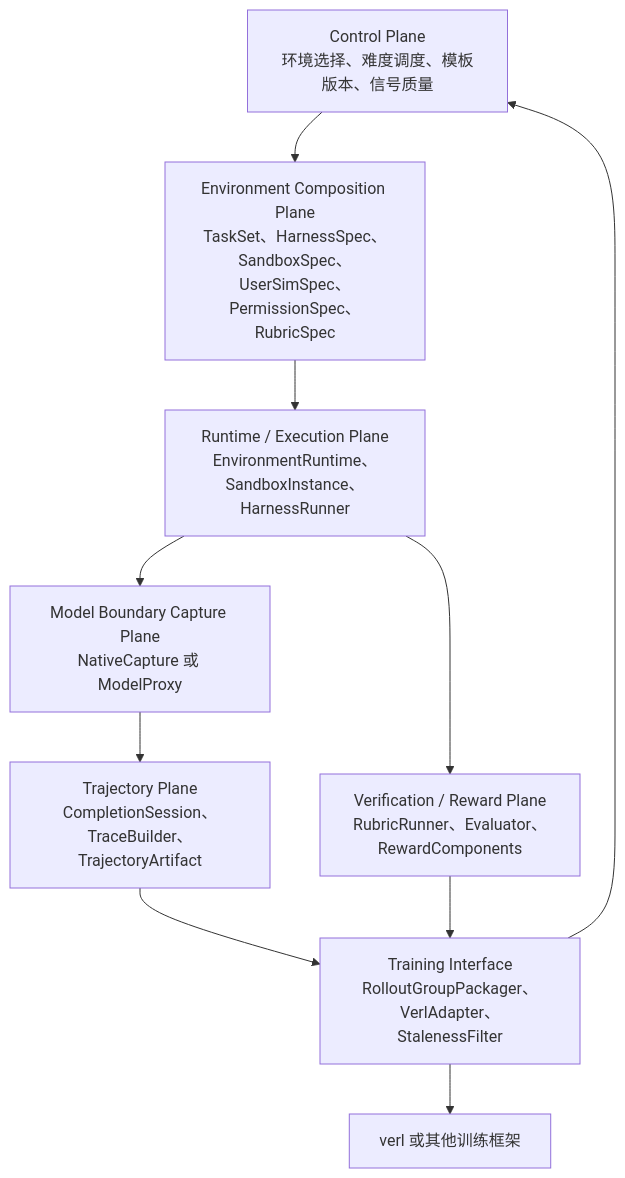
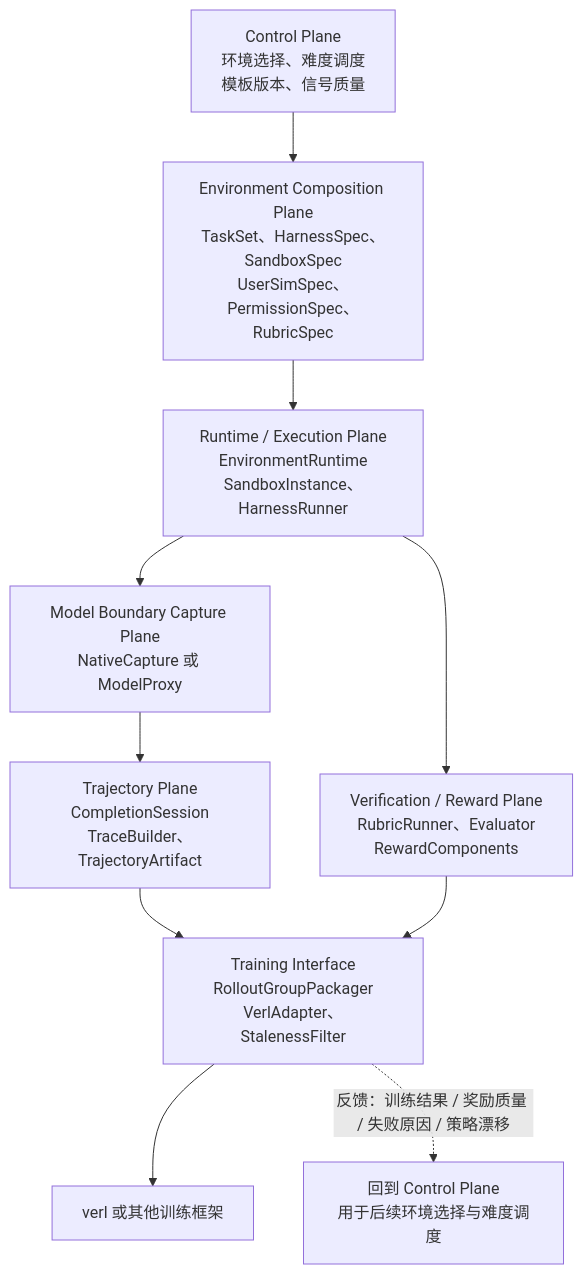
One commit to Rogerffff/RepoHarness changed the first of 3 diagrams in docs/harness_improve/repo_harness_repositioning_after_polar.md. Above: the diagram before and after it, drawn with Mermaid. The commit also changed other lines of this file and 35 other files, not shown here.

````diff
--- a/docs/harness_improve/repo_harness_repositioning_after_polar.md
+++ b/docs/harness_improve/repo_harness_repositioning_after_polar.md
@@ -315,12 +317,12 @@
 ```mermaid
 flowchart TD
-  A["Control Plane<br/>环境选择、难度调度、模板版本、信号质量"] --> B["Environment Composition Plane<br/>TaskSet、HarnessSpec、SandboxSpec、UserSimSpec、PermissionSpec、RubricSpec"]
-  B --> C["Runtime / Execution Plane<br/>EnvironmentRuntime、SandboxInstance、HarnessRunner"]
+  A["Control Plane<br/>环境选择、难度调度<br/>模板版本、信号质量"] --> B["Environment Composition Plane<br/>TaskSet、HarnessSpec、SandboxSpec<br/>UserSimSpec、PermissionSpec、RubricSpec"]
+  B --> C["Runtime / Execution Plane<br/>EnvironmentRuntime<br/>SandboxInstance、HarnessRunner"]
   C --> D["Model Boundary Capture Plane<br/>NativeCapture 或 ModelProxy"]
-  D --> E["Trajectory Plane<br/>CompletionSession、TraceBuilder、TrajectoryArtifact"]
-  C --> F["Verification / Reward Plane<br/>RubricRunner、Evaluator、RewardComponents"]
-  E --> G["Training Interface<br/>RolloutGroupPackager、VerlAdapter、StalenessFilter"]
+  D --> E["Trajectory Plane<br/>CompletionSession<br/>TraceBuilder、TrajectoryArtifact"]
+  C --> F["Verification / Reward Plane<br/>RubricRunner、Evaluator<br/>RewardComponents"]
+  E --> G["Training Interface<br/>RolloutGroupPackager<br/>VerlAdapter、StalenessFilter"]
   F --> G
   G --> H["verl 或其他训练框架"]
-  G --> A
+  G -. "反馈：训练结果 / 奖励质量 / 失败原因 / 策略漂移" .-> FB["回到 Control Plane<br/>用于后续环境选择与难度调度"]
 ```
````
